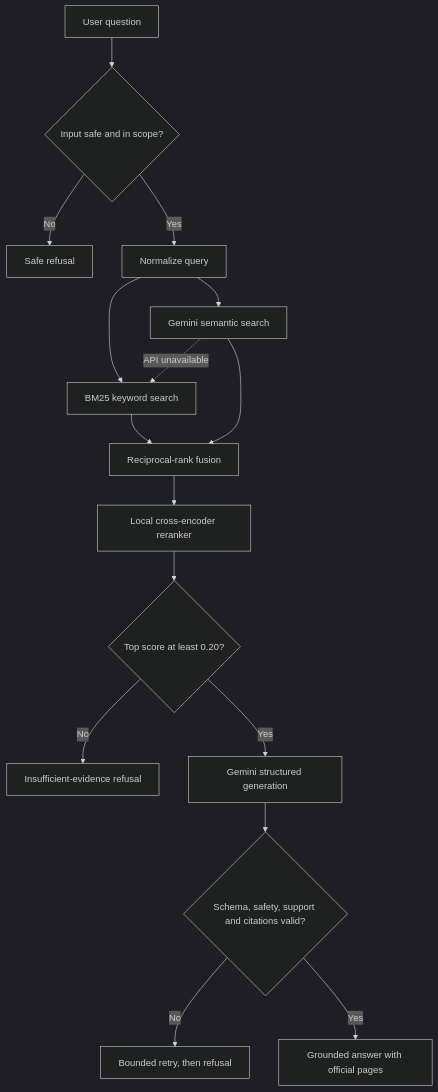
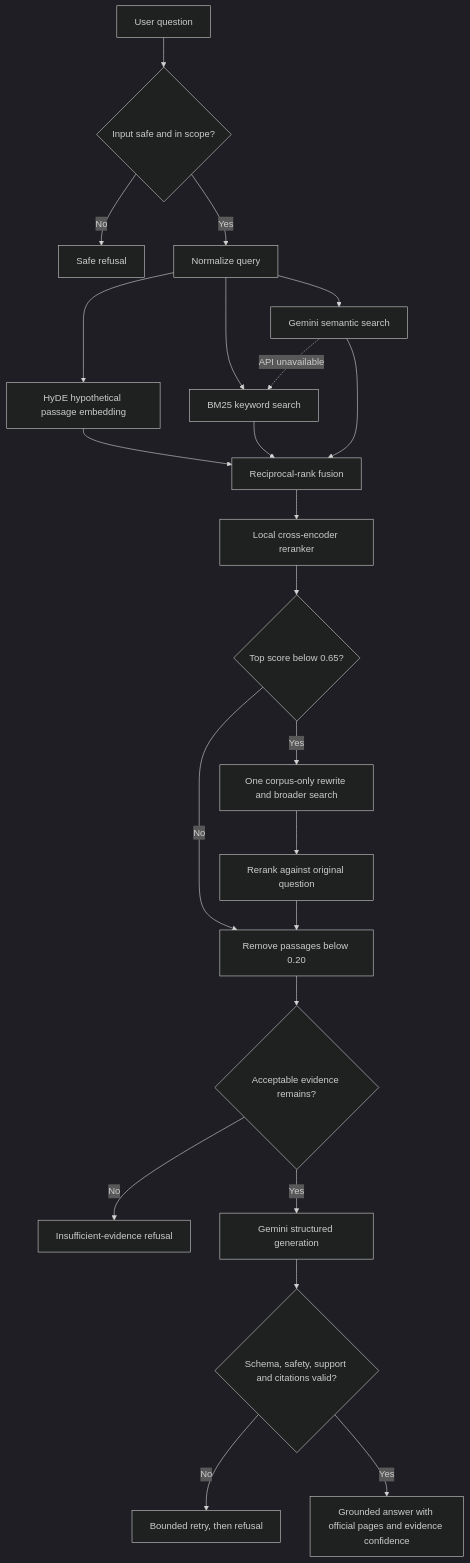
One commit to cakhiltej9001-source/medical-guideline-assistant changed the diagram in README.md. Above: the diagram before and after it, drawn with Mermaid (dark theme). The commit also changed other lines of this file and 17 other files, not shown here.

````diff
--- a/README.md
+++ b/README.md
@@ -167,18 +170,25 @@
 ```mermaid
 flowchart TD
     A[User question] --> B{Input safe and in scope?}
     B -- No --> R1[Safe refusal]
     B -- Yes --> C[Normalize query]
+    C --> HY[HyDE hypothetical passage embedding]
     C --> D1[BM25 keyword search]
     C --> D2[Gemini semantic search]
+    HY --> E
     D2 -. API unavailable .-> D1
     D1 --> E[Reciprocal-rank fusion]
     D2 --> E
     E --> F[Local cross-encoder reranker]
-    F --> G{Top score at least 0.20?}
+    F --> CR{Top score below 0.65?}
+    CR -- Yes --> FIX[One corpus-only rewrite and broader search]
+    FIX --> RR[Rerank against original question]
+    CR -- No --> FILTER[Remove passages below 0.20]
+    RR --> FILTER
+    FILTER --> G{Acceptable evidence remains?}
     G -- No --> R2[Insufficient-evidence refusal]
     G -- Yes --> H[Gemini structured generation]
     H --> I{Schema, safety, support and citations valid?}
     I -- No --> R3[Bounded retry, then refusal]
-    I -- Yes --> J[Grounded answer with official pages]
+    I -- Yes --> J[Grounded answer with official pages and evidence confidence]
 ```
````
